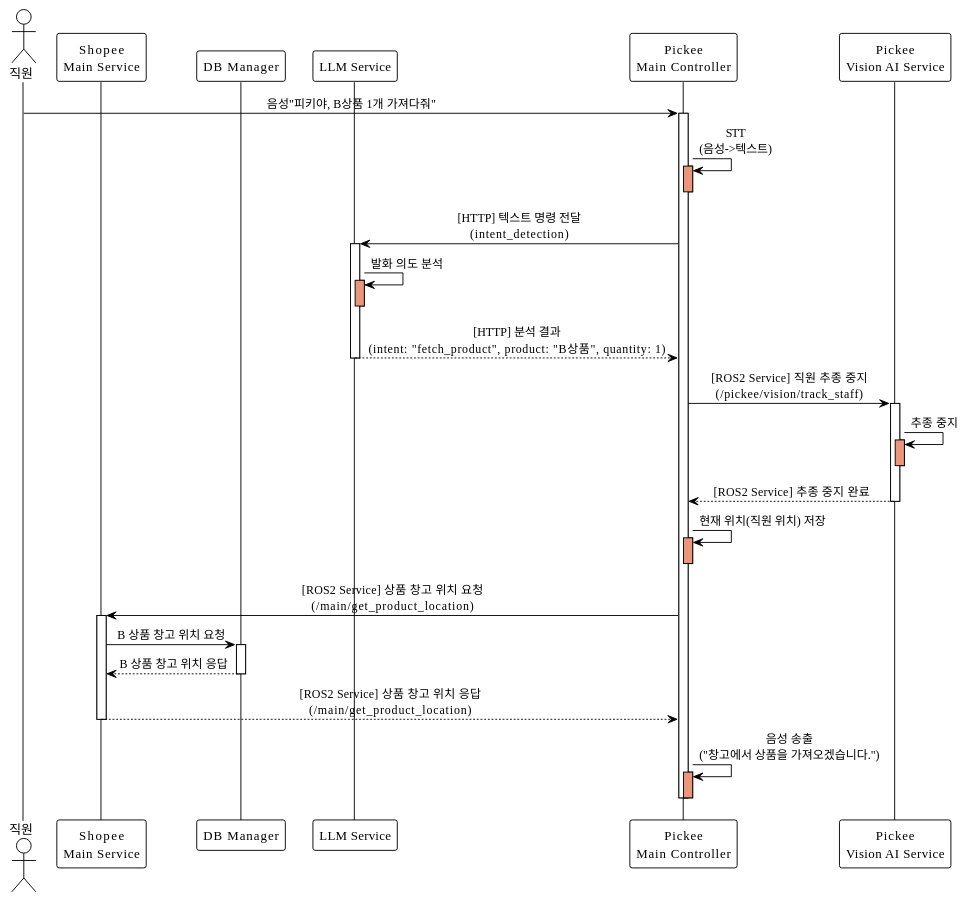
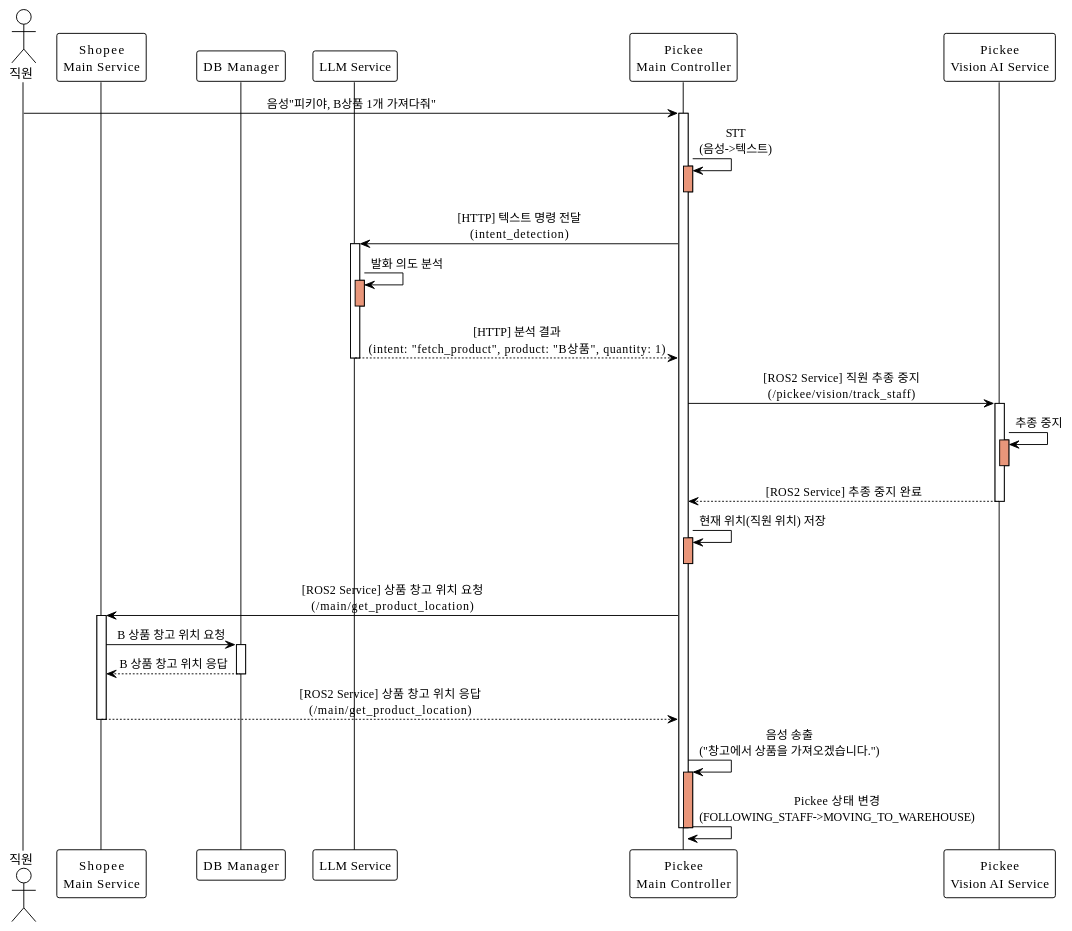
One commit to addinedu-roscamp-7th/roscamp-repo-1 changed the diagram in docs/SequenceDiagram/SC_06_3.md. Above: the diagram before and after it, drawn with PlantUML. The commit also changed 18 other files, not shown here.

```diff
--- a/docs/SequenceDiagram/SC_06_3.md
+++ b/docs/SequenceDiagram/SC_06_3.md
@@ -1,61 +1,64 @@
 @startuml SC_06_3
 !theme plain
 skinparam backgroundColor #FFFFFF
 skinparam sequenceMessageAlign center
 
 actor "직원" as user
 participant "Shopee\nMain Service" as main
 participant "DB Manager" as db
 participant "LLM Service" as llm
 participant "Pickee\nMain Controller" as pickee_main
 participant "Pickee\nVision AI Service" as vision
 
 user -> pickee_main: 음성"피키야, B상품 1개 가져다줘"
 activate pickee_main
 
 pickee_main -> pickee_main: STT\n(음성->텍스트)
 activate pickee_main #DarkSalmon
 deactivate pickee_main
 
 pickee_main -> llm: [HTTP] 텍스트 명령 전달\n(intent_detection)
 activate llm
 
 llm -> llm: 발화 의도 분석
 activate llm #DarkSalmon
 deactivate llm
 
 llm --> pickee_main: [HTTP] 분석 결과\n(intent: "fetch_product", product: "B상품", quantity: 1)
 deactivate llm
 
 pickee_main -> vision: [ROS2 Service] 직원 추종 중지\n(/pickee/vision/track_staff)
 activate vision
 
 vision -> vision: 추종 중지
 activate vision #DarkSalmon
 deactivate vision
 
 vision --> pickee_main: [ROS2 Service] 추종 중지 완료
 deactivate vision
 
 pickee_main -> pickee_main: 현재 위치(직원 위치) 저장
 activate pickee_main #DarkSalmon
 deactivate pickee_main
 
 pickee_main -> main: [ROS2 Service] 상품 창고 위치 요청\n(/main/get_product_location)
 activate main
 
 main -> db: B 상품 창고 위치 요청
 activate db
 
 db --> main: B 상품 창고 위치 응답
 deactivate db
 
 main --> pickee_main: [ROS2 Service] 상품 창고 위치 응답\n(/main/get_product_location)
 deactivate main
 
 pickee_main -> pickee_main: 음성 송출\n("창고에서 상품을 가져오겠습니다.")
 activate pickee_main #DarkSalmon
+
+pickee_main -> pickee_main: Pickee 상태 변경\n(FOLLOWING_STAFF->MOVING_TO_WAREHOUSE)
+
 deactivate pickee_main
 deactivate pickee_main
 
 @enduml
```
